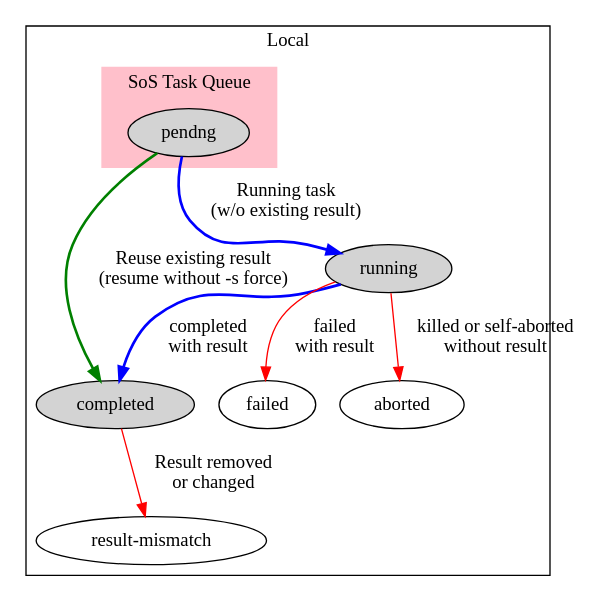
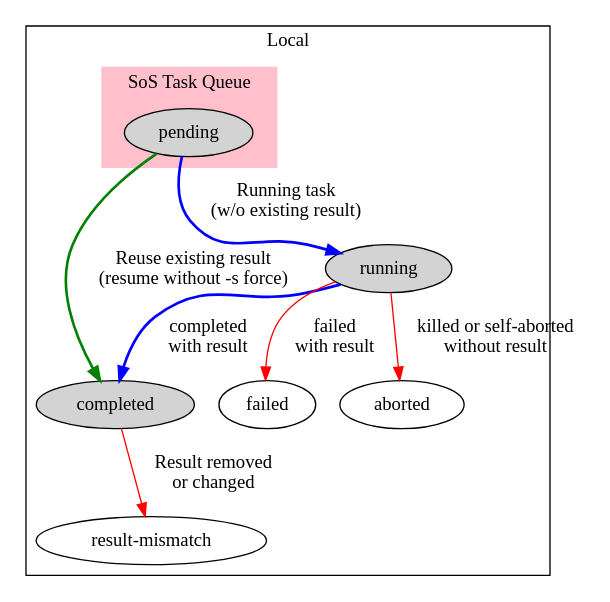
The diagram in docs/doc/media/status_local.dot (jirikuncar/SOS), drawn with Graphviz before and after one commit. The commit also changed 3 other files, not shown here.

Commit message:
Update status figure again

```diff
--- a/docs/doc/media/status_local.dot
+++ b/docs/doc/media/status_local.dot
@@ -1,31 +1,31 @@
 digraph task_status {
 	/* source nodes */
     subgraph cluster_0 {
         label="Local";
 
 
         subgraph cluster_1 {
             style=filled;
             color=pink;
             label="SoS Task Queue";
             rankdir=TB;
 
-            pending_task [label="pendng", style=filled];
+            pending_task [label="pending", style=filled];
         }
 
         completed_task [label="completed", style=filled];
 
         running_task [ label="running", style=filled];
         completed_task [label="completed", style=filled];
         result_mismatch [label="result-mismatch"];
         failed_task [label="failed"];
         aborted_task [label="aborted"];
         running_task -> completed_task [label="completed\nwith result", style=bold, color=blue];
         running_task -> aborted_task [label="killed or self-aborted\nwithout result", color=red];
         running_task -> failed_task [label="failed\nwith result", color=red];
         completed_task -> result_mismatch [label="Result removed\nor changed", color=red];
     pending_task -> completed_task [label="Reuse existing result\n(resume without -s force)", style=bold, color=green];
     pending_task -> running_task [label="Running task\n(w/o existing result)", style=bold, color=blue];
     pending_task -> running_task [style=invis];
     }
 }
```
